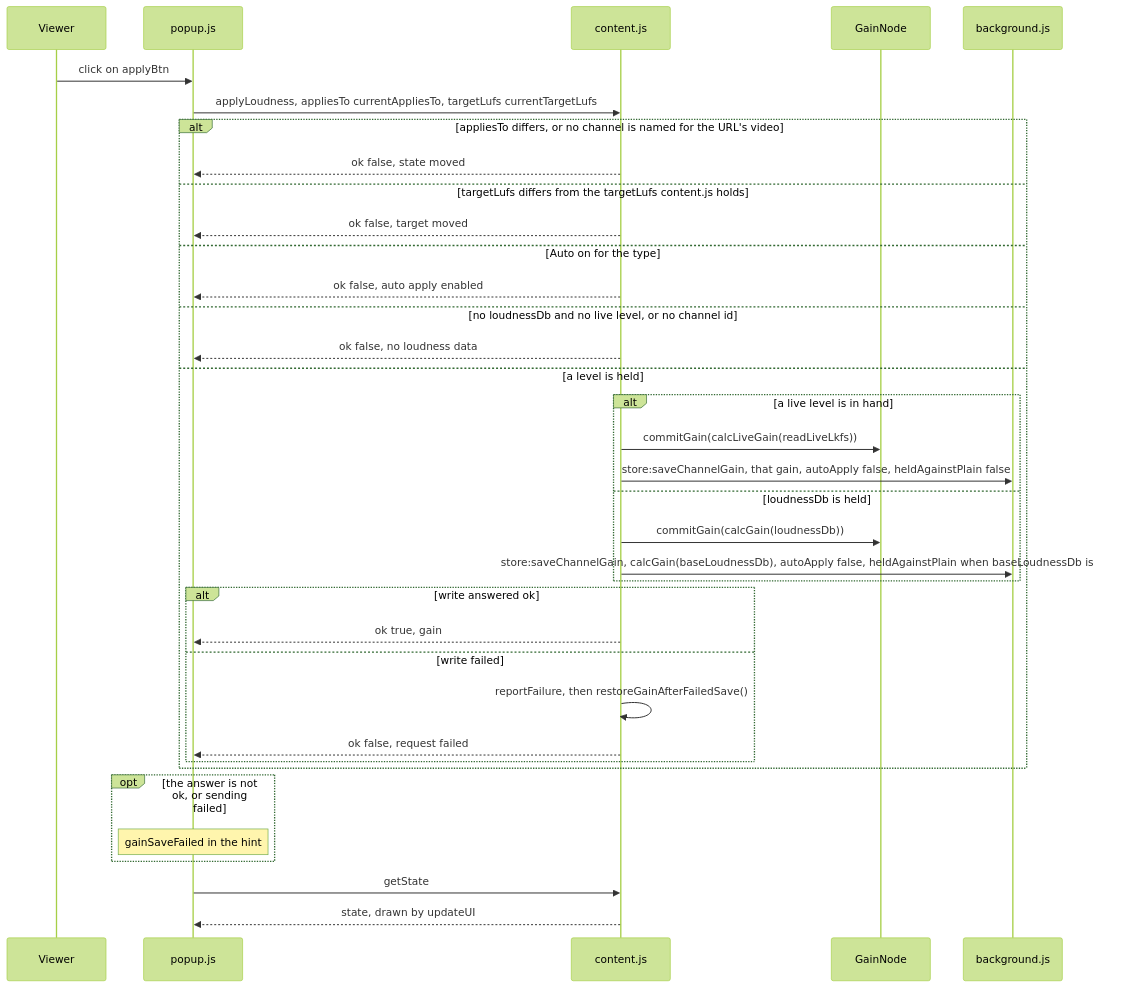
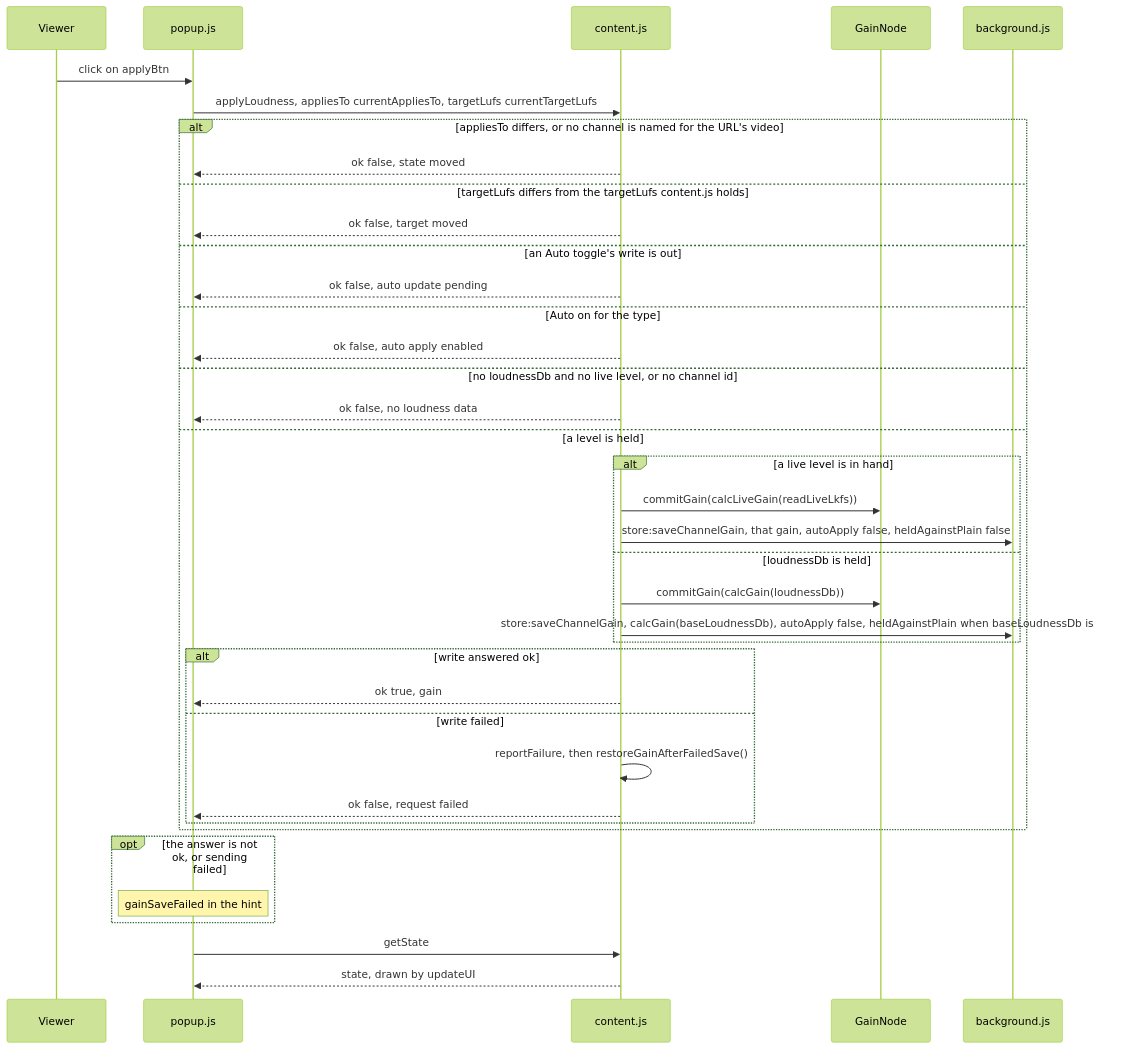
One commit to semnil/yt-channel-volume changed the fifth of 14 diagrams in docs/gain-change-and-save.md. Above: the diagram before and after it, drawn with Mermaid (forest theme). The commit also changed other lines of this file and 9 other files, not shown here.

Commit message:
fix: hold the popup's gain gestures while an Auto toggle's save is out, and say when it is not saved

````diff
--- a/docs/gain-change-and-save.md
+++ b/docs/gain-change-and-save.md
@@ -255,38 +257,40 @@
 ```mermaid
 sequenceDiagram
   participant V as Viewer
   participant P as popup.js
   participant C as content.js
   participant G as GainNode
   participant W as background.js
   V->>P: click on applyBtn
   P->>C: applyLoudness, appliesTo currentAppliesTo, targetLufs currentTargetLufs
   alt appliesTo differs, or no channel is named for the URL's video
     C-->>P: ok false, state moved
   else targetLufs differs from the targetLufs content.js holds
     C-->>P: ok false, target moved
+  else an Auto toggle's write is out
+    C-->>P: ok false, auto update pending
   else Auto on for the type
     C-->>P: ok false, auto apply enabled
   else no loudnessDb and no live level, or no channel id
     C-->>P: ok false, no loudness data
   else a level is held
     alt a live level is in hand
       C->>G: commitGain(calcLiveGain(readLiveLkfs))
       C->>W: store:saveChannelGain, that gain, autoApply false, heldAgainstPlain false
     else loudnessDb is held
       C->>G: commitGain(calcGain(loudnessDb))
       C->>W: store:saveChannelGain, calcGain(baseLoudnessDb), autoApply false, heldAgainstPlain when baseLoudnessDb is known
     end
     alt write answered ok
       C-->>P: ok true, gain
     else write failed
       C->>C: reportFailure, then restoreGainAfterFailedSave()
       C-->>P: ok false, request failed
     end
   end
   opt the answer is not ok, or sending failed
     Note over P: gainSaveFailed in the hint
   end
   P->>C: getState
   C-->>P: state, drawn by updateUI
 ```
````
